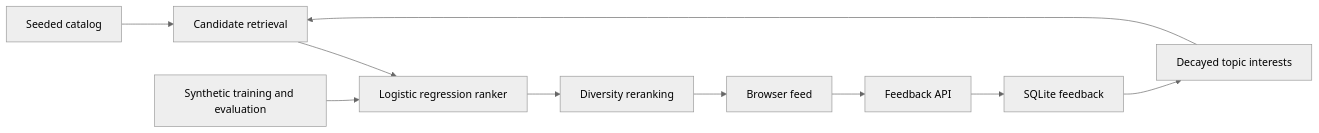
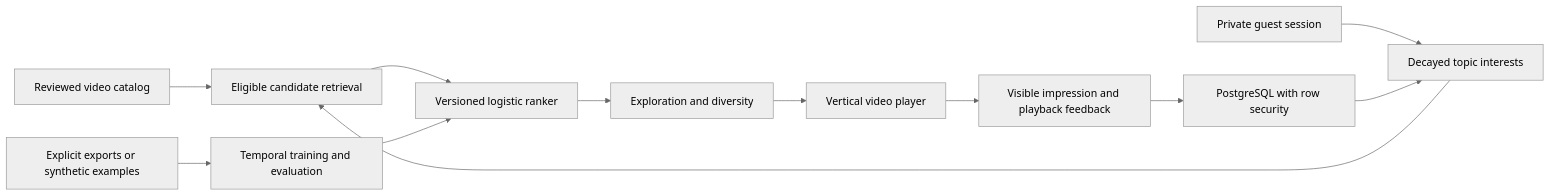
Before and after one commit to vams2krish/ML-FlowRank: the diagram in README.md, drawn with Mermaid (neutral theme). The commit also changed other lines of this file and 49 other files, not shown here.

Commit message:
Ship FlowRank discovery product with private PostgreSQL sessions, video playback, ML evaluation and showcases

````diff
--- a/README.md
+++ b/README.md
@@ -24,12 +70,14 @@
 ```mermaid
 flowchart LR
-    A[Seeded catalog] --> B[Candidate retrieval]
-    C[SQLite feedback] --> D[Decayed topic interests]
+    A[Reviewed video catalog] --> B[Eligible candidate retrieval]
+    C[Private guest session] --> D[Decayed topic interests]
     D --> B
-    B --> E[Logistic regression ranker]
-    F[Synthetic training and evaluation] --> E
-    E --> G[Diversity reranking]
-    G --> H[Browser feed]
-    H --> I[Feedback API]
-    I --> C
+    B --> E[Versioned logistic ranker]
+    E --> F[Exploration and diversity]
+    F --> G[Vertical video player]
+    G --> H[Visible impression and playback feedback]
+    H --> I[PostgreSQL with row security]
+    I --> D
+    J[Explicit exports or synthetic examples] --> K[Temporal training and evaluation]
+    K --> E
 ```
````
